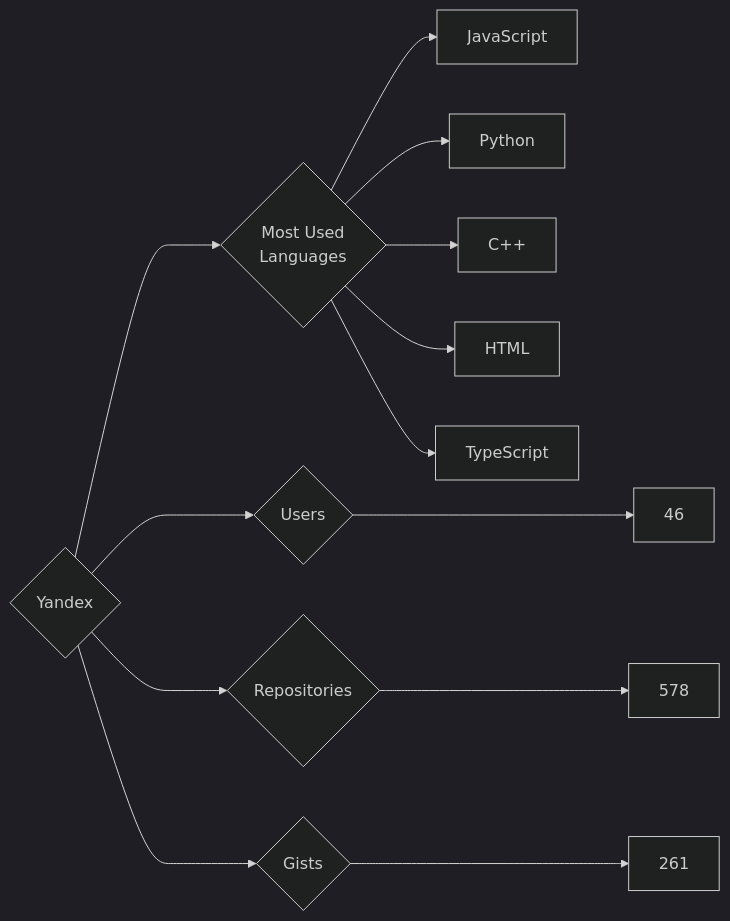
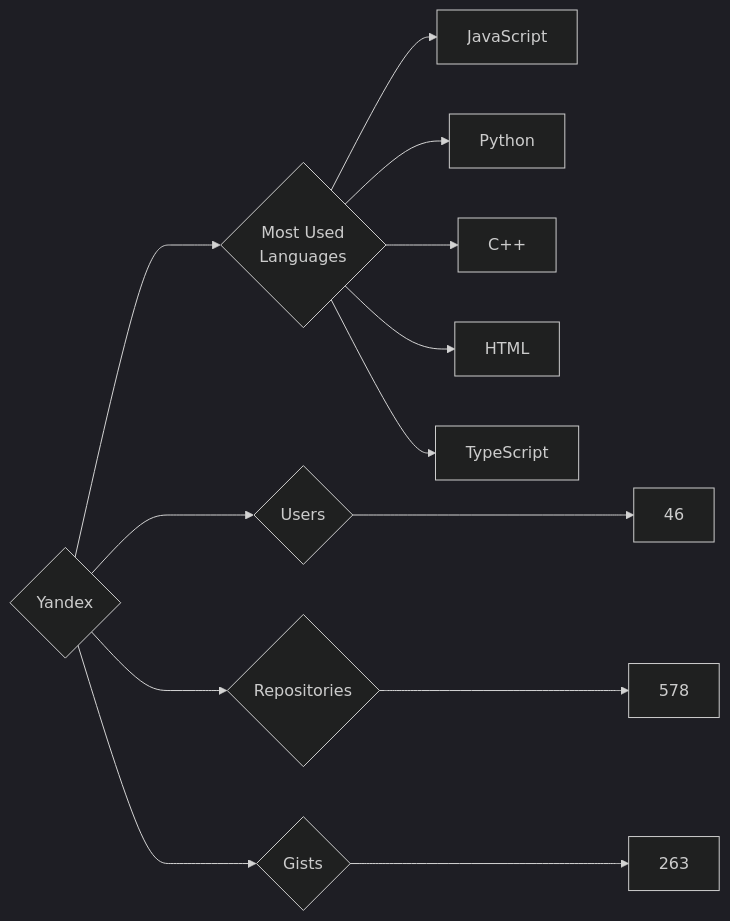
The diagram in targets/Yandex/README.md (trickest/insiders), drawn with Mermaid (dark theme) before and after one commit. The commit also changed 955 other files, not shown here.

````diff
--- a/targets/Yandex/README.md
+++ b/targets/Yandex/README.md
@@ -3,13 +3,13 @@
 ```mermaid
 graph LR
 COMPANY_NAME{Yandex}
 COMPANY_NAME ---> U{Users} ---> UN[46]
 COMPANY_NAME ---> R{Repositories} ---> RN[578]
-COMPANY_NAME ---> G{Gists} ---> GN[261]
+COMPANY_NAME ---> G{Gists} ---> GN[263]
 COMPANY_NAME ---> ML{Most Used<br>Languages}
 ML --> JavaScript[JavaScript]
 ML --> Python[Python]
 ML --> C++[C++]
 ML --> HTML[HTML]
 ML --> TypeScript[TypeScript]
 ```
````
